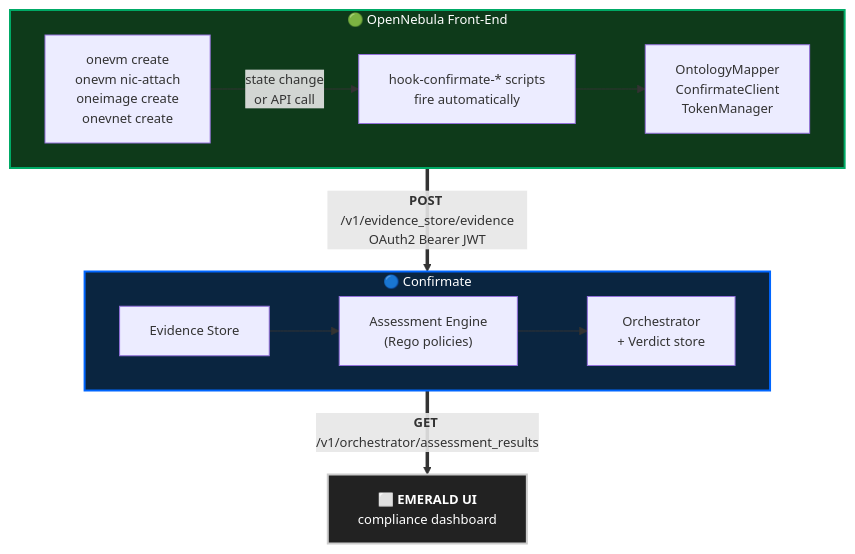
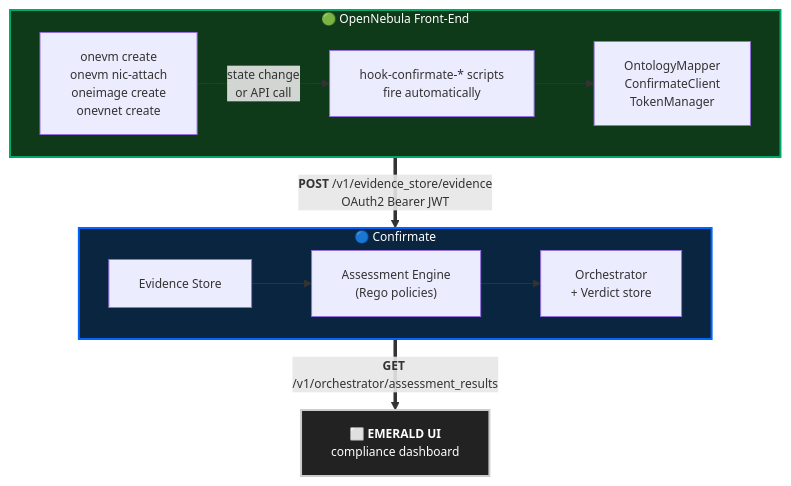
The diagram in README.md (pablodelarco/addon-confirmate-evidence), drawn with Mermaid before and after one commit.

Commit message:
Diagram: another small step down (13->12px, tighter spacing)

````diff
--- a/README.md
+++ b/README.md
@@ -24,33 +24,33 @@
 ```mermaid
-%%{init: {"flowchart": {"nodeSpacing": 30, "rankSpacing": 45, "curve": "basis"}, "themeVariables": {"fontSize": "13px"}}}%%
+%%{init: {"flowchart": {"nodeSpacing": 25, "rankSpacing": 35, "curve": "basis"}, "themeVariables": {"fontSize": "12px"}}}%%
 flowchart TB
     subgraph ONE["🟢 OpenNebula Front-End"]
         direction LR
         ACT["onevm create<br/>onevm nic-attach<br/>oneimage create<br/>onevnet create"]
         HOOK["hook-confirmate-* scripts<br/>fire automatically"]
         LIB["OntologyMapper<br/>ConfirmateClient<br/>TokenManager"]
         ACT -->|"state change<br/>or API call"| HOOK
         HOOK --> LIB
     end
 
     subgraph CF["🔵 Confirmate"]
         direction LR
         EV["Evidence Store"]
         AS["Assessment Engine<br/>(Rego policies)"]
         OR["Orchestrator<br/>+ Verdict store"]
         EV --> AS --> OR
     end
 
     UI["⬜ <b>EMERALD UI</b><br/>compliance dashboard"]
 
     LIB ==>|"<b>POST</b> /v1/evidence_store/evidence<br/>OAuth2 Bearer JWT"| EV
     OR ==>|"<b>GET</b> /v1/orchestrator/assessment_results"| UI
 
     classDef oneStyle fill:#0e3a1a,stroke:#0a6,stroke-width:2px,color:#fff
     classDef cfStyle  fill:#0a2540,stroke:#06f,stroke-width:2px,color:#fff
     classDef uiStyle  fill:#222,stroke:#ccc,stroke-width:2px,color:#fff
 
     class ONE oneStyle
     class CF cfStyle
     class UI uiStyle
 ```
````
